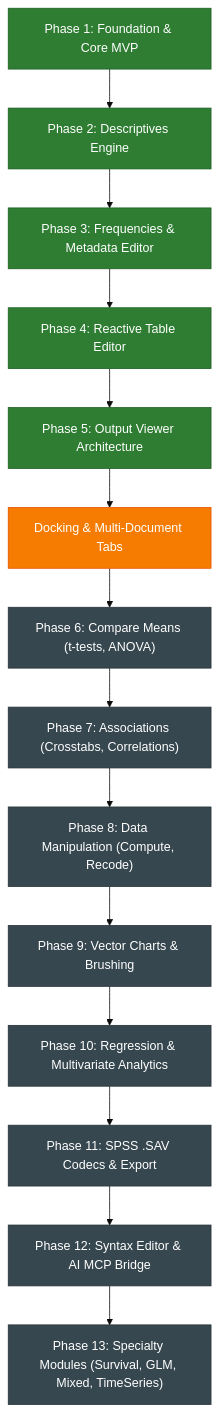
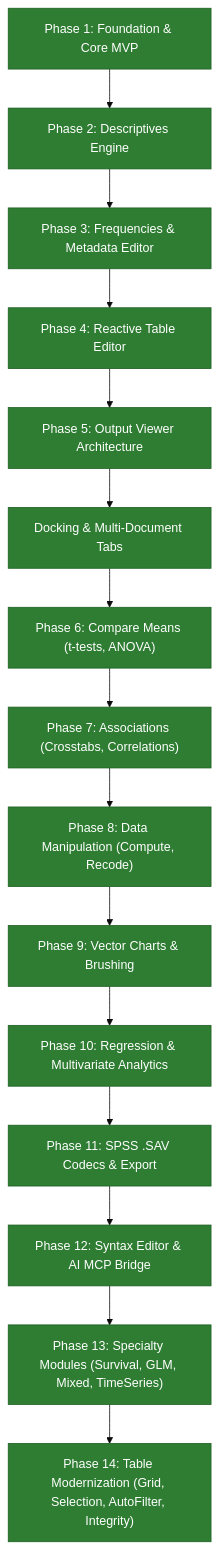
Before and after one commit to kobaltgit/StatCraft: the diagram in docs/ROADMAP.en.md, drawn with Mermaid (base theme). The commit also changed other lines of this file and 9 other files, not shown here.

Commit message:
docs: bring FEATURES, ROADMAP, README, CHECKLIST, and CHRONICLE up to date for v0.4.0

````diff
--- a/docs/ROADMAP.en.md
+++ b/docs/ROADMAP.en.md
@@ -22,24 +22,23 @@
 ```mermaid
 flowchart TD
     M1["Phase 1: Foundation & Core MVP"] --> M2["Phase 2: Descriptives Engine"]
     M2 --> M3["Phase 3: Frequencies & Metadata Editor"]
     M3 --> M4["Phase 4: Reactive Table Editor"]
     M4 --> M5["Phase 5: Output Viewer Architecture"]
     M5 --> M_DOCK["Docking & Multi-Document Tabs"]
     M_DOCK --> M6["Phase 6: Compare Means (t-tests, ANOVA)"]
     M6 --> M7["Phase 7: Associations (Crosstabs, Correlations)"]
     M7 --> M8["Phase 8: Data Manipulation (Compute, Recode)"]
     M8 --> M9["Phase 9: Vector Charts & Brushing"]
     M9 --> M10["Phase 10: Regression & Multivariate Analytics"]
     M10 --> M11["Phase 11: SPSS .SAV Codecs & Export"]
     M11 --> M12["Phase 12: Syntax Editor & AI MCP Bridge"]
     M12 --> M13["Phase 13: Specialty Modules (Survival, GLM, Mixed, TimeSeries)"]
+    M13 --> M14["Phase 14: Table Modernization (Grid, Selection, AutoFilter, Integrity)"]
 
     classDef done fill:#2e7d32,stroke:#1b5e20,color:#fff;
     classDef inprogress fill:#f57c00,stroke:#e65100,color:#fff;
     classDef planned fill:#37474f,stroke:#263238,color:#fff;
 
-    class M1,M2,M3,M4,M5 done;
-    class M_DOCK inprogress;
-    class M6,M7,M8,M9,M10,M11,M12,M13 planned;
+    class M1,M2,M3,M4,M5,M_DOCK,M6,M7,M8,M9,M10,M11,M12,M13,M14 done;
 ```
````
